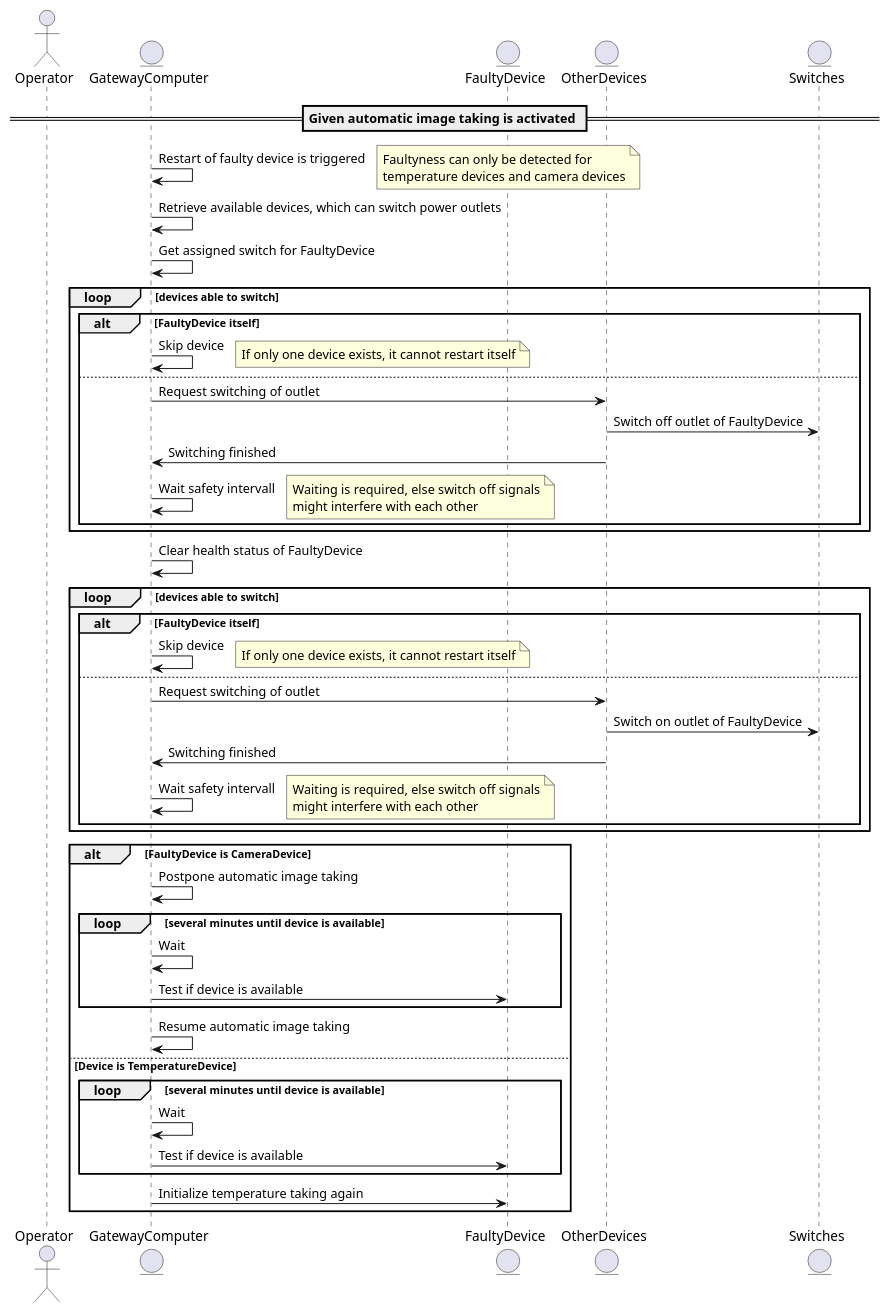
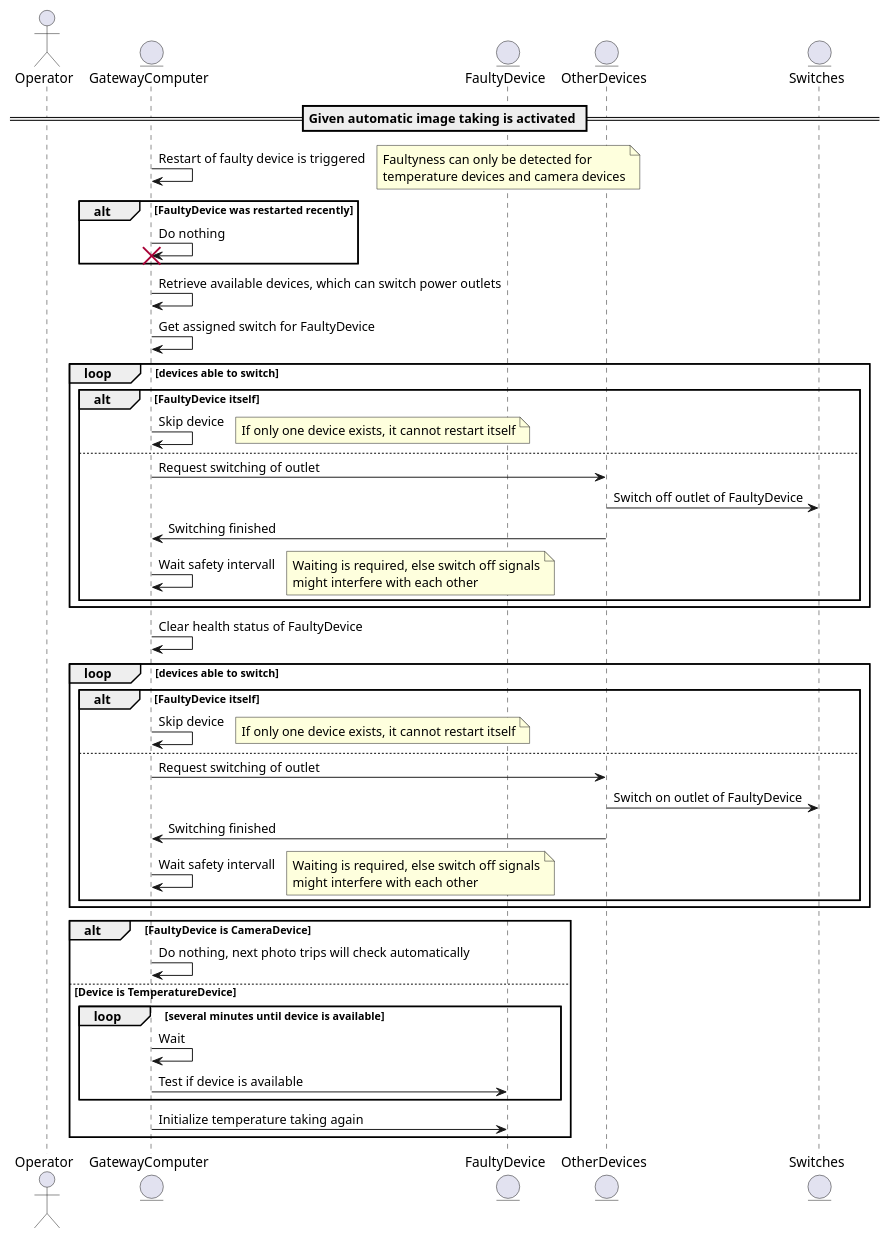
Before and after one commit to Machriam/PlantMonitor: the diagram in Confluence/Documents/AutomaticDeviceRestart.plantuml, drawn with PlantUML. The commit also changed 11 other files, not shown here.

```diff
--- a/Confluence/Documents/AutomaticDeviceRestart.plantuml
+++ b/Confluence/Documents/AutomaticDeviceRestart.plantuml
@@ -1,53 +1,51 @@
 @startuml Restart of faulty device
 
 actor Operator as op
 entity GatewayComputer as gc
 entity FaultyDevice as fd
 entity OtherDevices as od
 entity Switches as s
 == Given automatic image taking is activated ==
   gc -> gc: Restart of faulty device is triggered
   note right: Faultyness can only be detected for\ntemperature devices and camera devices
+  alt FaultyDevice was restarted recently
+    gc -> gc !!: Do nothing
+  end
   gc -> gc: Retrieve available devices, which can switch power outlets
   gc -> gc: Get assigned switch for FaultyDevice
   loop devices able to switch
     alt FaultyDevice itself
       gc -> gc: Skip device
       note right: If only one device exists, it cannot restart itself
     else 
       gc -> od: Request switching of outlet
       od -> s: Switch off outlet of FaultyDevice
       od -> gc: Switching finished
       gc -> gc: Wait safety intervall
       note right: Waiting is required, else switch off signals\nmight interfere with each other
     end
   end
   gc -> gc: Clear health status of FaultyDevice
   loop devices able to switch
     alt FaultyDevice itself
       gc -> gc: Skip device
       note right: If only one device exists, it cannot restart itself
     else 
       gc -> od: Request switching of outlet
       od -> s: Switch on outlet of FaultyDevice
       od -> gc: Switching finished
       gc -> gc: Wait safety intervall
       note right: Waiting is required, else switch off signals\nmight interfere with each other
     end
   end
   alt FaultyDevice is CameraDevice
-    gc -> gc: Postpone automatic image taking
-    loop several minutes until device is available
-      gc -> gc: Wait
-      gc -> fd: Test if device is available
-    end
-    gc -> gc: Resume automatic image taking
+    gc -> gc: Do nothing, next photo trips will check automatically
   else Device is TemperatureDevice
     loop several minutes until device is available
       gc -> gc: Wait
       gc -> fd: Test if device is available
     end
     gc -> fd: Initialize temperature taking again
   end
 
 @enduml
```
